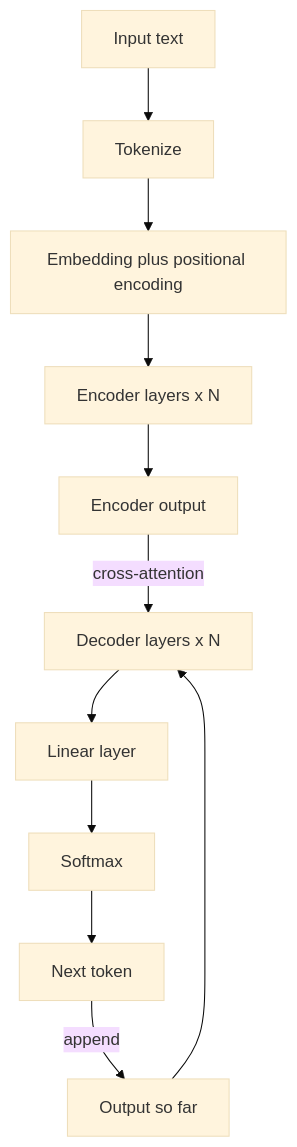
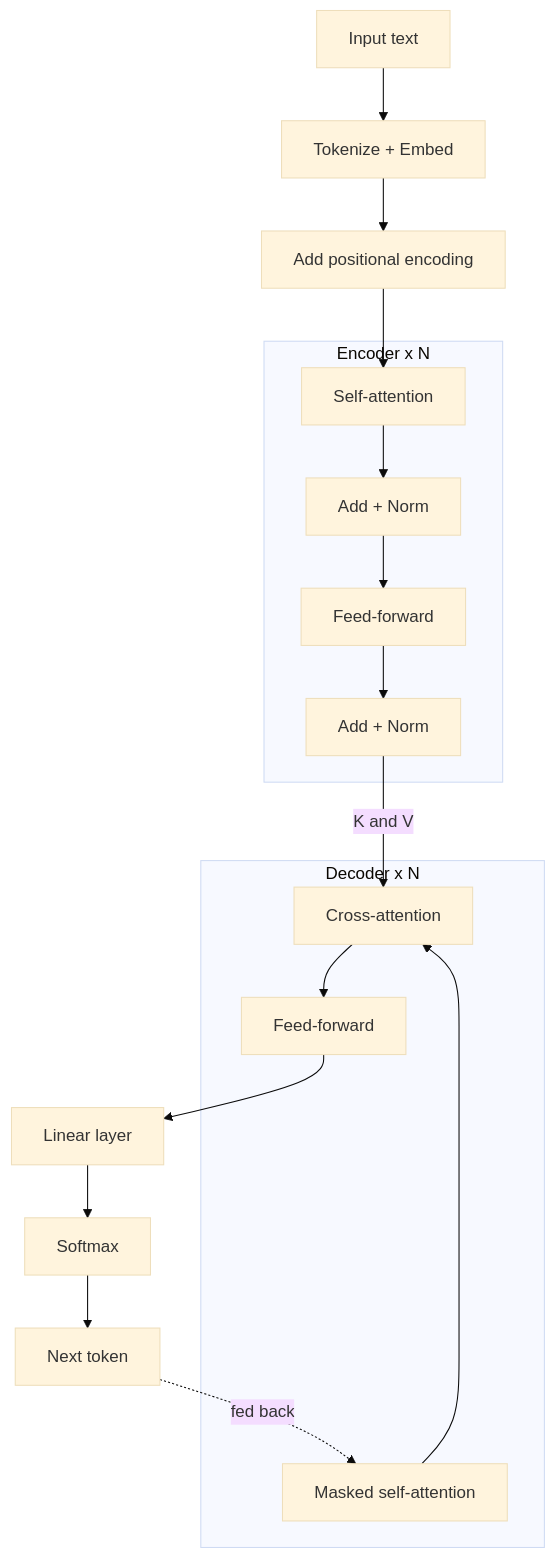
The first of 2 diagrams in notes/step-03-generative-ai-and-the-transformer-architecture/052-decoding-transformer-architecture.md (kaisarnajar/outcome-school-blogs), drawn with Mermaid (base theme) before and after one commit. The commit also changed other lines of this file and 233 other files, not shown here.

````diff
--- a/notes/step-03-generative-ai-and-the-transformer-architecture/052-decoding-transformer-architecture.md
+++ b/notes/step-03-generative-ai-and-the-transformer-architecture/052-decoding-transformer-architecture.md
@@ -42,13 +73,20 @@
 ```mermaid
 flowchart TD
-    A["Input text"] --> B["Tokenize"]
-    B --> C["Embedding plus positional encoding"]
-    C --> D["Encoder layers x N"]
-    D --> E["Encoder output"]
-    F["Output so far"] --> G["Decoder layers x N"]
-    E -->|"cross-attention"| G
-    G --> H["Linear layer"]
-    H --> I["Softmax"]
-    I --> J["Next token"]
-    J -->|"append"| F
+    A1["Input text"] --> A2["Tokenize + Embed"]
+    A2 --> A3["Add positional encoding"]
+    A3 --> E1
+    subgraph ENC["Encoder x N"]
+        E1["Self-attention"] --> E2["Add + Norm"]
+        E2 --> E3["Feed-forward"]
+        E3 --> E4["Add + Norm"]
+    end
+    E4 -->|"K and V"| D2
+    subgraph DEC["Decoder x N"]
+        D1["Masked self-attention"] --> D2["Cross-attention"]
+        D2 --> D3["Feed-forward"]
+    end
+    D3 --> L1["Linear layer"]
+    L1 --> L2["Softmax"]
+    L2 --> L3["Next token"]
+    L3 -.->|"fed back"| D1
 ```
````
